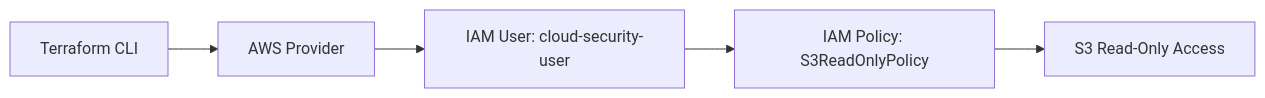
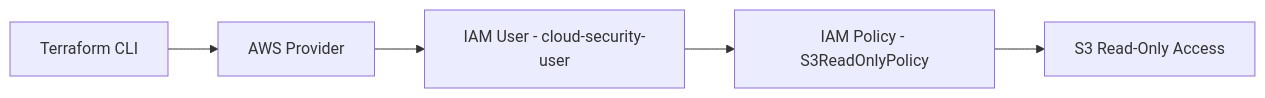
The first of 2 diagrams in README.md (Afenton122/cloud-engineering-portfolio), drawn with Mermaid before and after one commit. The commit also changed other lines of this file, not shown here.

````diff
--- a/README.md
+++ b/README.md
@@ -20,7 +18,7 @@
 ```mermaid
 flowchart LR
     A["Terraform CLI"] --> B["AWS Provider"]
-    B --> C["IAM User: cloud-security-user"]
-    C --> D["IAM Policy: S3ReadOnlyPolicy"]
+    B --> C["IAM User - cloud-security-user"]
+    C --> D["IAM Policy - S3ReadOnlyPolicy"]
     D --> E["S3 Read-Only Access"]
 ```
````
